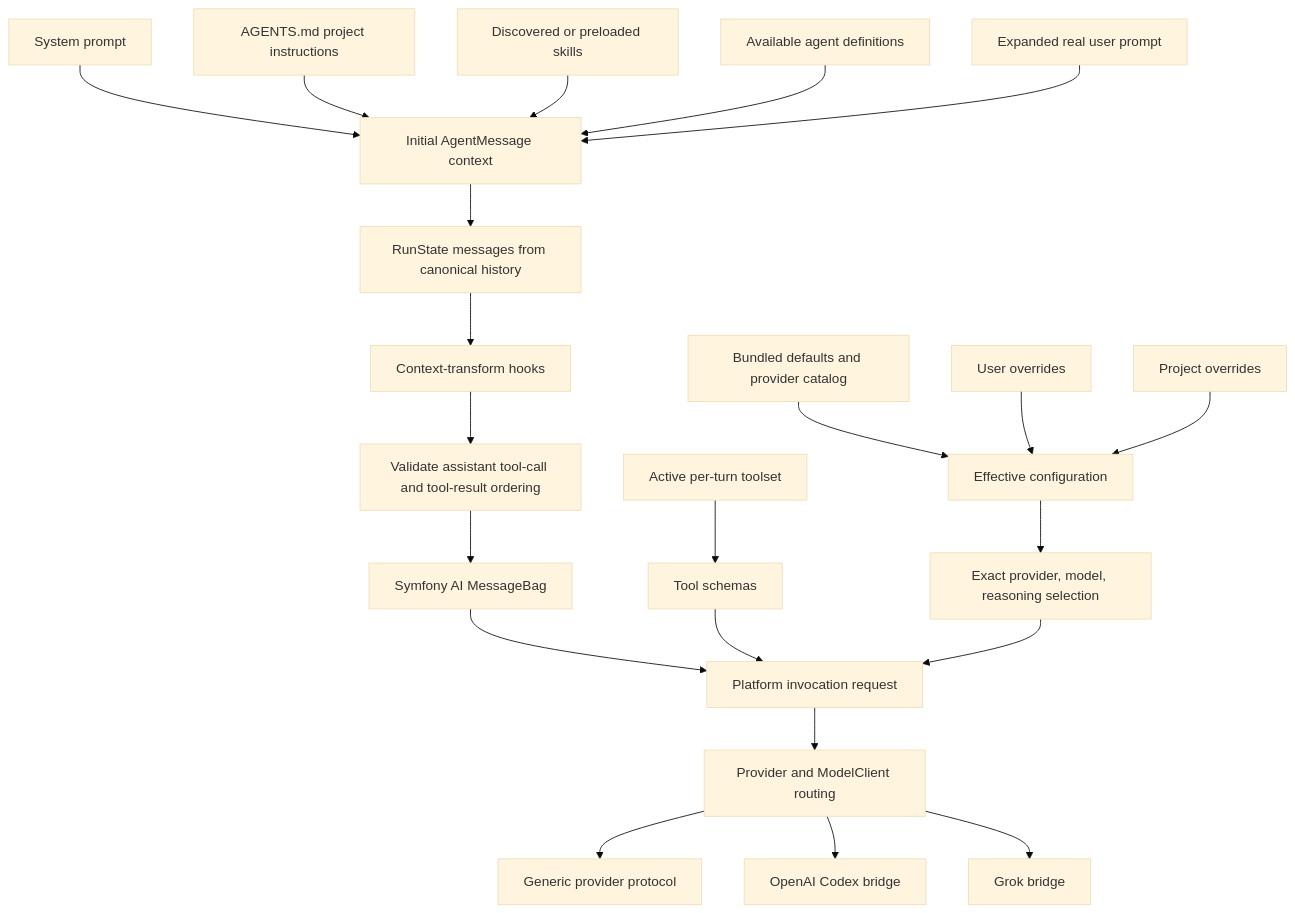
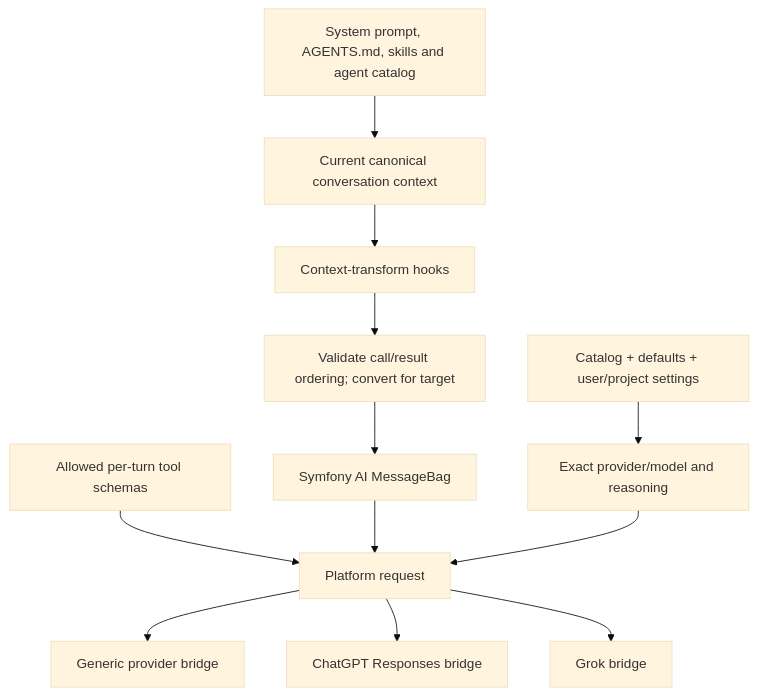
The first of 2 diagrams in architecture/context-and-projection.md (ineersa/agent-core), drawn with Mermaid (base theme) before and after one commit. The commit also changed other lines of this file and 43 other files, not shown here.

Commit message:
Refresh operational guides and runtime architecture documentation

````diff
--- a/architecture/context-and-projection.md
+++ b/architecture/context-and-projection.md
@@ -7,24 +7,14 @@
 ```mermaid
-flowchart TB
-    Defaults[Bundled defaults and provider catalog] --> Config[Effective configuration]
-    User[User overrides] --> Config
-    Project[Project overrides] --> Config
-    Config --> Selection[Exact provider, model, reasoning selection]
-    System[System prompt] --> Initial[Initial AgentMessage context]
-    Instructions[AGENTS.md project instructions] --> Initial
-    Skills[Discovered or preloaded skills] --> Initial
-    Agents[Available agent definitions] --> Initial
-    Prompt[Expanded real user prompt] --> Initial
-    Initial --> History[RunState messages from canonical history]
-    History --> Hooks[Context-transform hooks]
-    Hooks --> Validate[Validate assistant tool-call and tool-result ordering]
-    Validate --> Bag[Symfony AI MessageBag]
-    Tools[Active per-turn toolset] --> Schema[Tool schemas]
-    Bag --> Request[Platform invocation request]
-    Schema --> Request
-    Selection --> Request
-    Request --> Route[Provider and ModelClient routing]
-    Route --> Generic[Generic provider protocol]
-    Route --> Codex[OpenAI Codex bridge]
-    Route --> Grok[Grok bridge]
+flowchart TD
+    Config["Catalog + defaults + user/project settings"] --> Model["Exact provider/model and reasoning"]
+    Instructions["System prompt, AGENTS.md, skills and agent catalog"] --> Context["Current canonical conversation context"]
+    Context --> Hooks["Context-transform hooks"]
+    Hooks --> Validate["Validate call/result ordering; convert for target"]
+    Validate --> Bag["Symfony AI MessageBag"]
+    Tools["Allowed per-turn tool schemas"] --> Request["Platform request"]
+    Bag --> Request
+    Model --> Request
+    Request --> Generic["Generic provider bridge"]
+    Request --> ChatGPT["ChatGPT Responses bridge"]
+    Request --> Grok["Grok bridge"]
 ```
````
